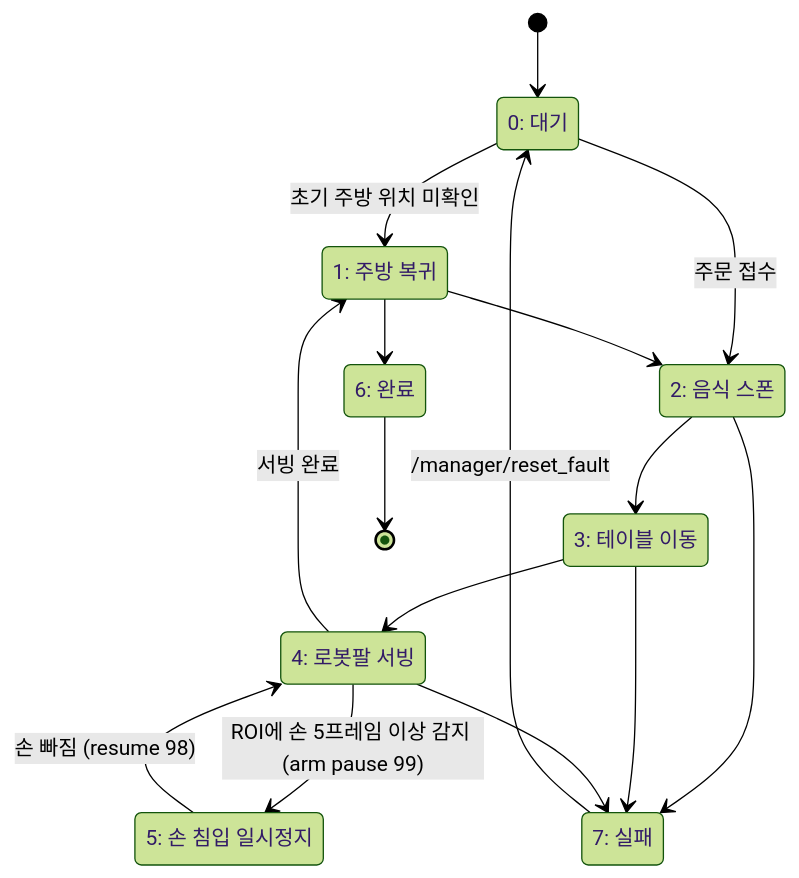
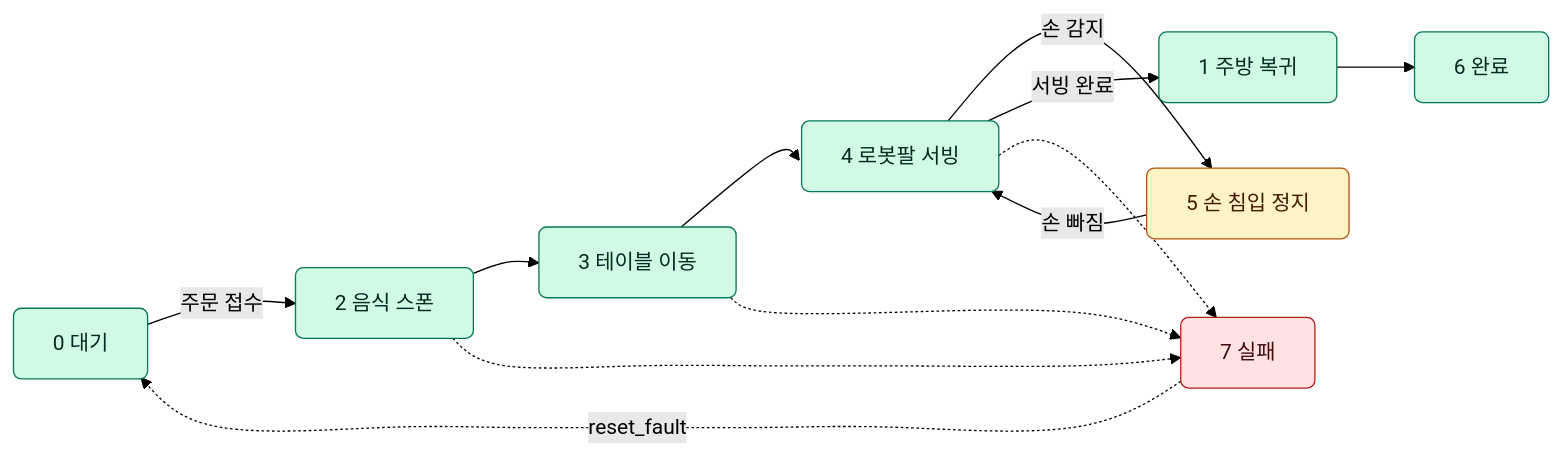
Before and after one commit to 2028jun/Rokey_Co3_A1: the second of 2 diagrams in README.md, drawn with Mermaid (forest theme). The commit also changed other lines of this file, not shown here.

First line of the commit message:
docs: simplify README diagrams and tone down styling

````diff
--- a/README.md
+++ b/README.md
@@ -87,28 +69,23 @@
 ```mermaid
-stateDiagram-v2
-    state "0: 대기" as Idle
-    state "1: 주방 복귀" as Return
-    state "2: 음식 스폰" as Spawn
-    state "3: 테이블 이동" as Move
-    state "4: 로봇팔 서빙" as Serve
-    state "5: 손 침입 일시정지" as Paused
-    state "6: 완료" as Done
-    state "7: 실패" as Failed
+%%{init: {'flowchart': {'curve': 'natural'}}}%%
+flowchart LR
+    Idle["0 대기"] -->|주문 접수| Spawn["2 음식 스폰"]
+    Spawn --> Move["3 테이블 이동"]
+    Move --> Serve["4 로봇팔 서빙"]
+    Serve -->|손 감지| Paused["5 손 침입 정지"]
+    Paused -->|손 빠짐| Serve
+    Serve -->|서빙 완료| Return["1 주방 복귀"]
+    Return --> Done["6 완료"]
 
-    [*] --> Idle
-    Idle --> Return: 초기 주방 위치 미확인
-    Idle --> Spawn: 주문 접수
-    Return --> Spawn
-    Spawn --> Move
-    Move --> Serve
-    Serve --> Paused: ROI에 손 5프레임 이상 감지 (arm pause 99)
-    Paused --> Serve: 손 빠짐 (resume 98)
-    Serve --> Return: 서빙 완료
-    Return --> Done
-    Done --> [*]
+    Spawn -.-> Failed["7 실패"]
+    Move -.-> Failed
+    Serve -.-> Failed
+    Failed -.->|reset_fault| Idle
 
-    Spawn --> Failed
-    Move --> Failed
-    Serve --> Failed
-    Failed --> Idle: /manager/reset_fault
+    classDef happy fill:#d1fae5,stroke:#047857,color:#022c22,rx:6,ry:6;
+    classDef warn fill:#fef3c7,stroke:#b45309,color:#451a03,rx:6,ry:6;
+    classDef bad fill:#fee2e2,stroke:#b91c1c,color:#450a0a,rx:6,ry:6;
+    class Idle,Spawn,Move,Serve,Return,Done happy
+    class Paused warn
+    class Failed bad
 ```
````
